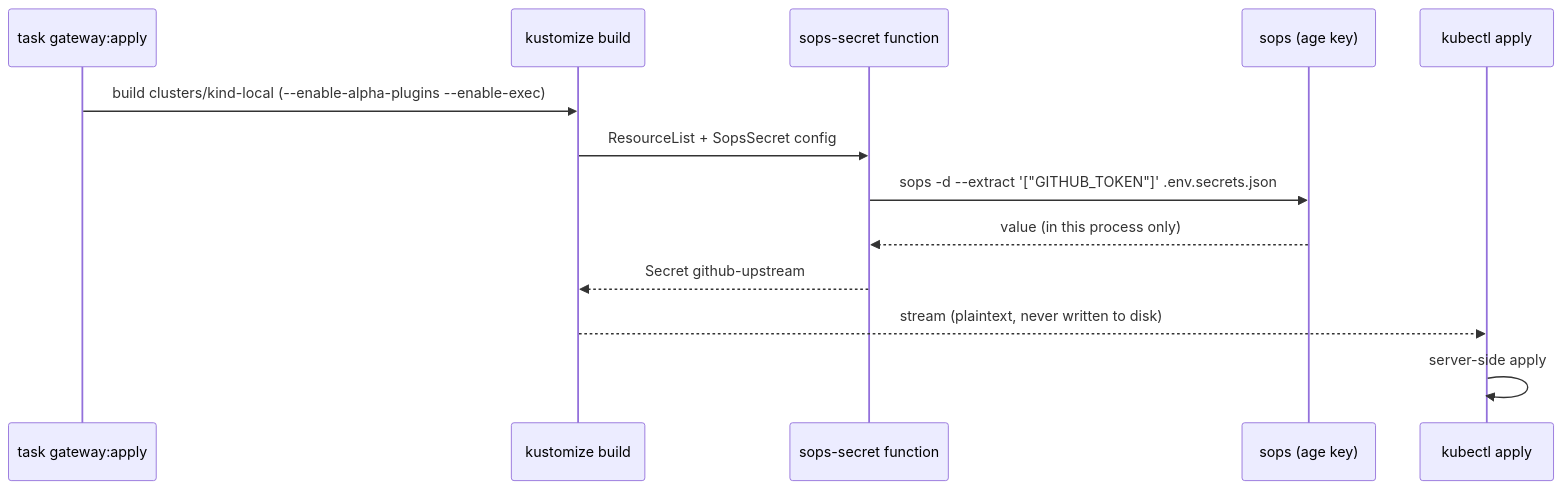
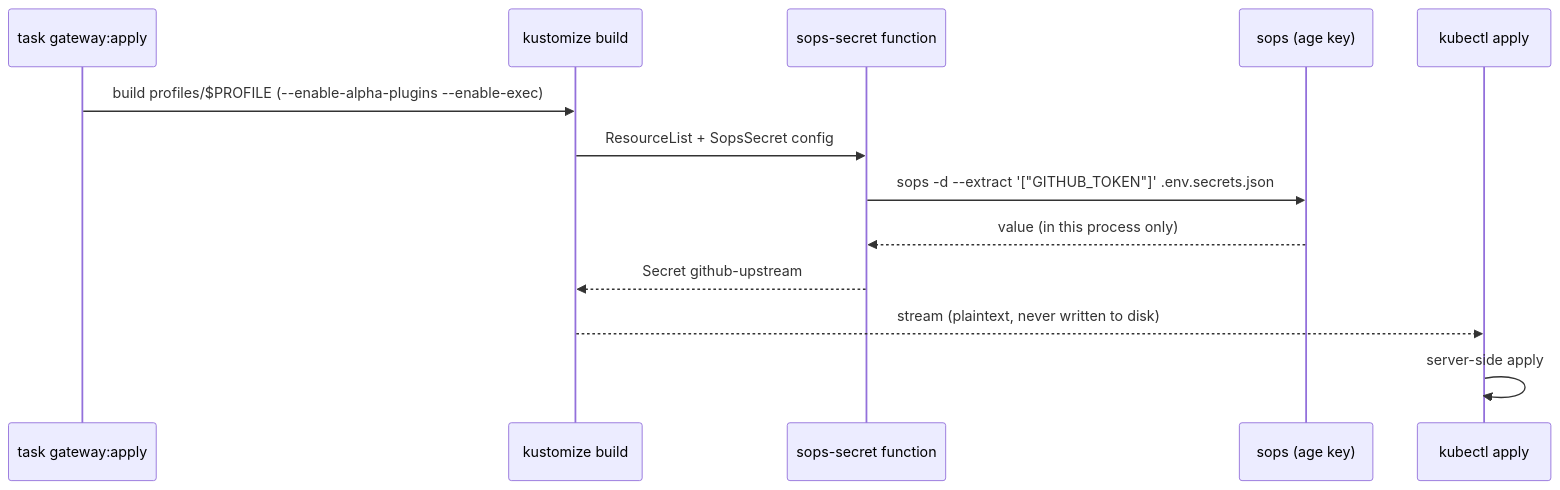
One commit to raghav19/engineersdaybook changed the fourth of 4 diagrams in code/mcp-sandbox/part-3-mcp-guardrails/README.md. Above: the diagram before and after it, drawn with Mermaid. The commit also changed other lines of this file and 18 other files, not shown here.

````diff
--- a/code/mcp-sandbox/part-3-mcp-guardrails/README.md
+++ b/code/mcp-sandbox/part-3-mcp-guardrails/README.md
@@ -97,16 +93,16 @@
 ```mermaid
 sequenceDiagram
     participant T as task gateway:apply
     participant K as kustomize build
     participant F as sops-secret function
     participant S as sops (age key)
     participant A as kubectl apply
 
-    T->>K: build clusters/kind-local (--enable-alpha-plugins --enable-exec)
+    T->>K: build profiles/$PROFILE (--enable-alpha-plugins --enable-exec)
     K->>F: ResourceList + SopsSecret config
     F->>S: sops -d --extract '["GITHUB_TOKEN"]' .env.secrets.json
     S-->>F: value (in this process only)
     F-->>K: Secret github-upstream
     K-->>A: stream (plaintext, never written to disk)
     A->>A: server-side apply
 ```
````
